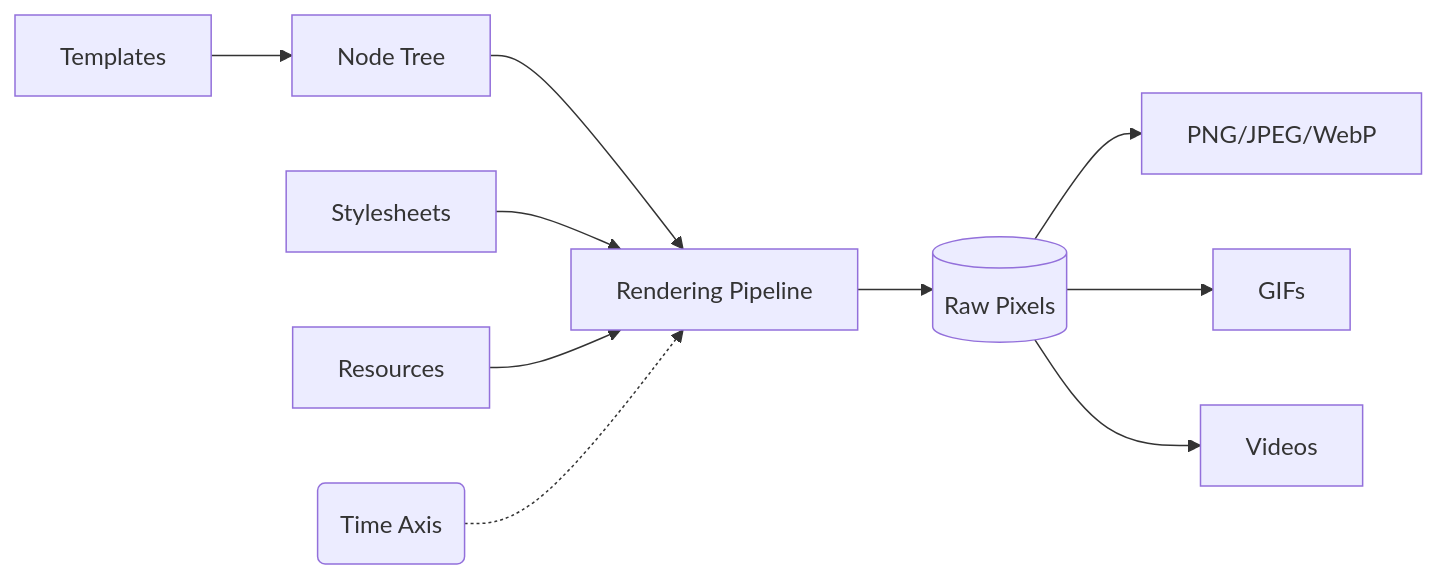
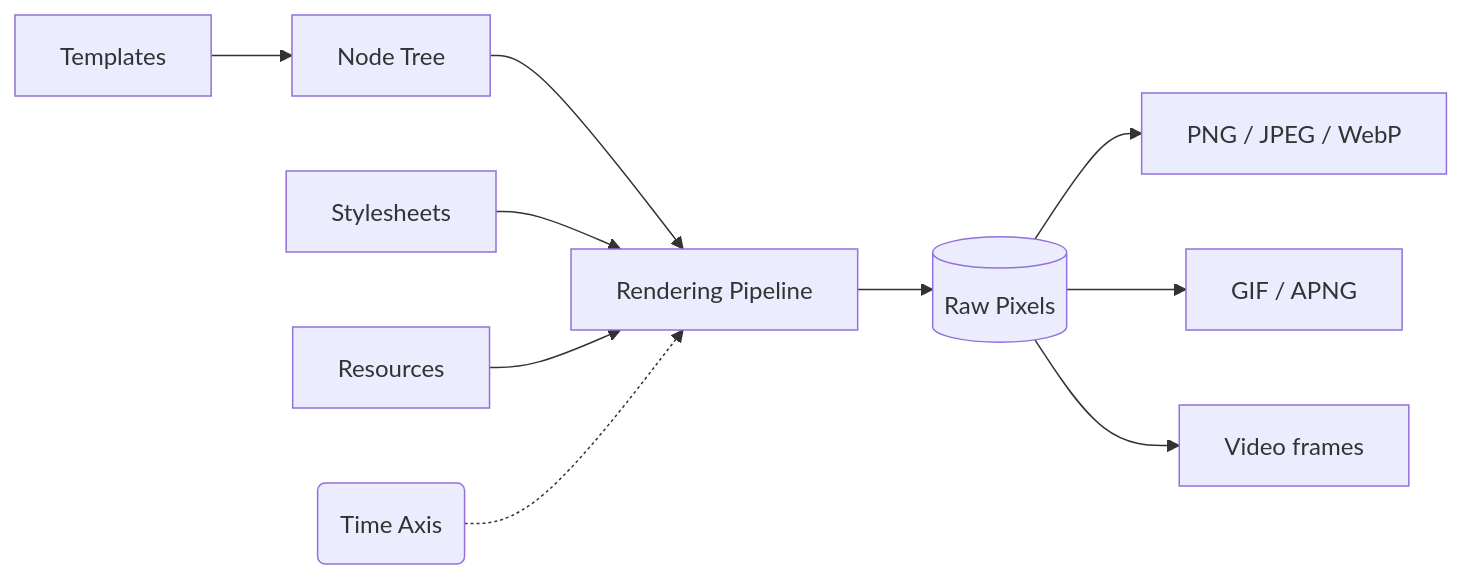
Before and after one commit to kane50613/takumi: the diagram in README.md, drawn with Mermaid. The commit also changed other lines of this file and 1 other file, not shown here.

````diff
--- a/README.md
+++ b/README.md
@@ -23,11 +35,11 @@
 ```mermaid
 flowchart LR
     A[Templates] --> N[Node Tree] --> P[Rendering Pipeline] --> F[(Raw Pixels)]
     C[Stylesheets] --> P
     R[Resources] --> P
     D(Time Axis) -.-> P
 
-    F --> G[PNG/JPEG/WebP]
-    F --> H[GIFs]
-    F --> I[Videos]
+    F --> G[PNG / JPEG / WebP]
+    F --> H[GIF / APNG]
+    F --> I[Video frames]
 ```
````
